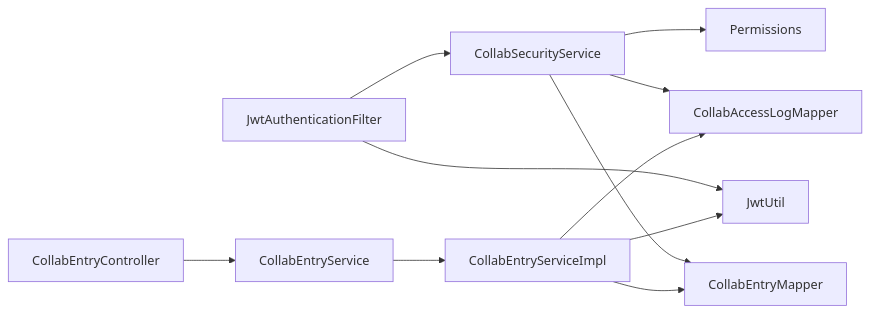
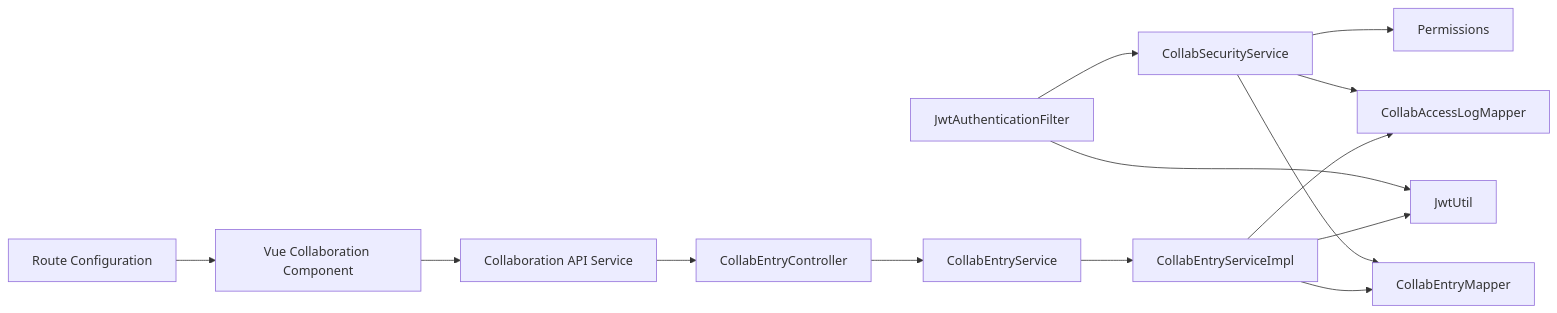
Before and after one commit to bo961386926/Survey-App: the sixth of 6 diagrams in .qoder/repowiki/en/content/Authentication & Authorization/Collaboration Tokens.md, drawn with Mermaid. The commit also changed other lines of this file and 19 other files, not shown here.

````diff
--- a/.qoder/repowiki/en/content/Authentication & Authorization/Collaboration Tokens.md
+++ b/.qoder/repowiki/en/content/Authentication & Authorization/Collaboration Tokens.md
@@ -390,13 +462,16 @@
 ```mermaid
 graph LR
 F["JwtAuthenticationFilter"] --> U["JwtUtil"]
 F --> S["CollabSecurityService"]
 S --> M1["CollabEntryMapper"]
 S --> M2["CollabAccessLogMapper"]
 S --> P["Permissions"]
 CEC["CollabEntryController"] --> CES["CollabEntryService"]
 CES --> CEI["CollabEntryServiceImpl"]
 CEI --> M1
 CEI --> M2
 CEI --> U
+VC["Vue Collaboration Component"] --> VA["Collaboration API Service"]
+VA --> CEC
+VR["Route Configuration"] --> VC
 ```
````
